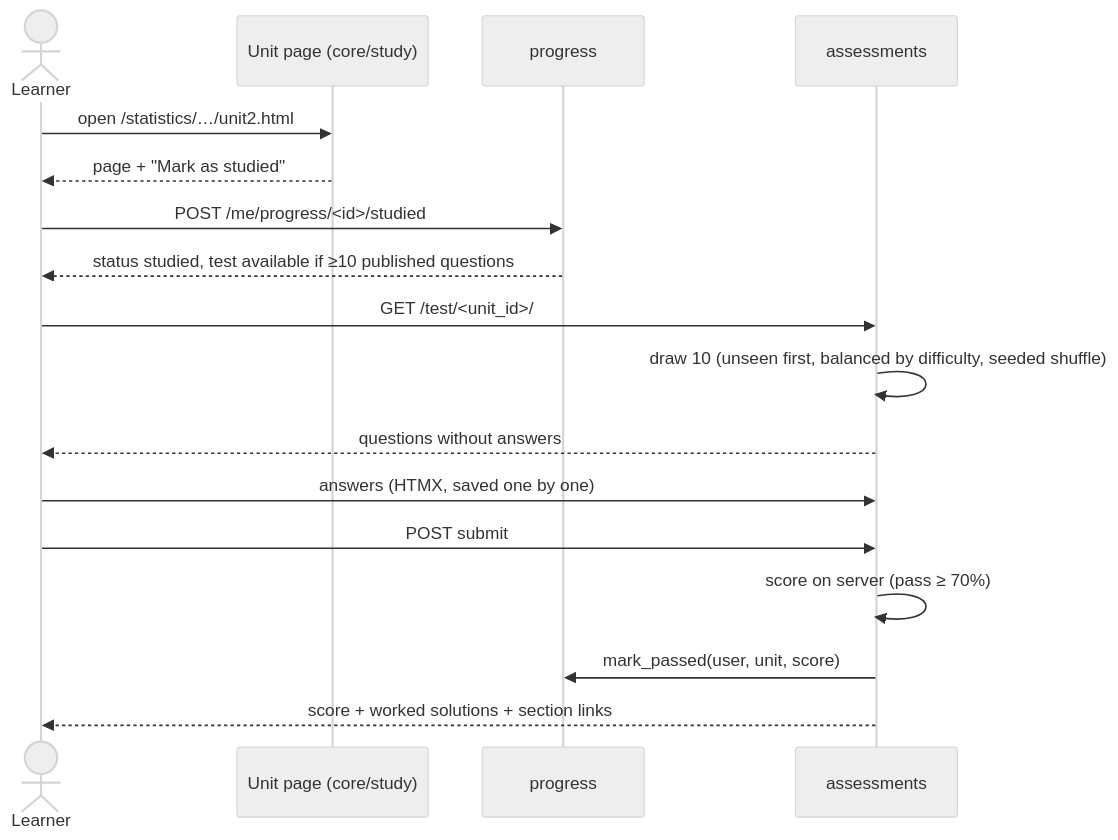
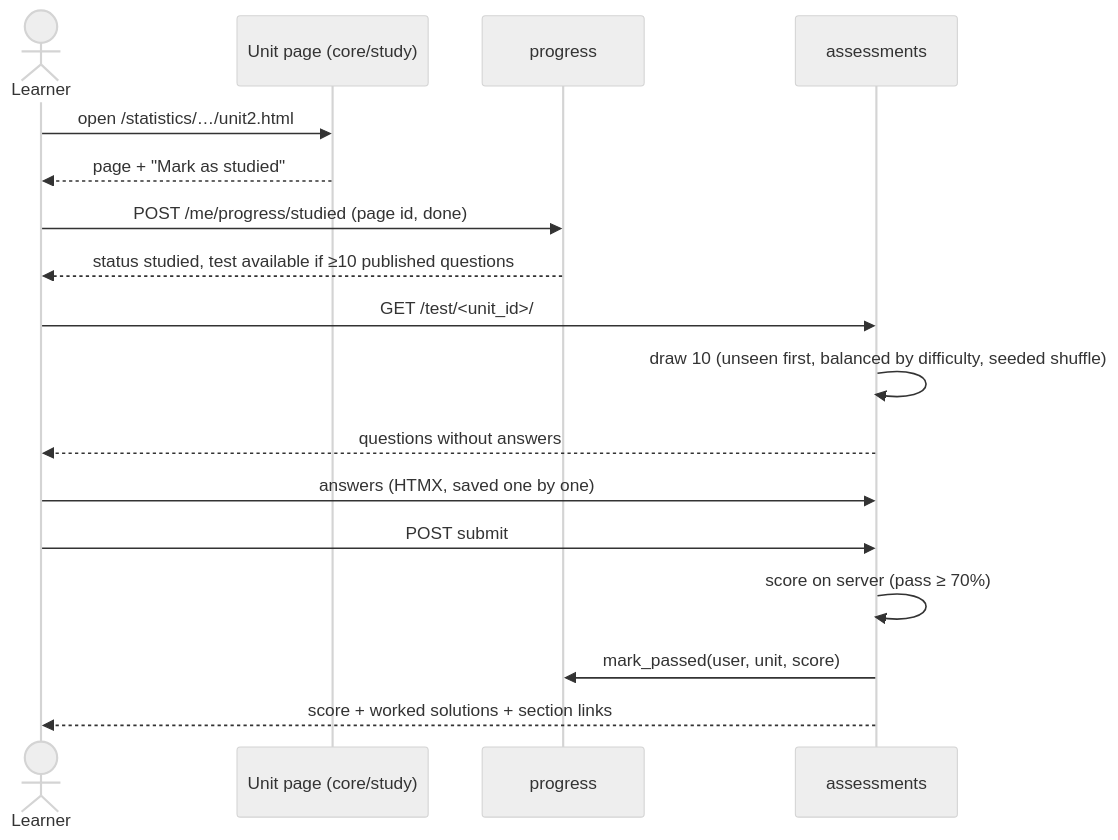
Before and after one commit to nrstatlab/planning-for-future: the fourth of 4 diagrams in Webapp/ARCHITECTURE.md, drawn with Mermaid (neutral theme). The commit also changed other lines of this file and 1 other file, not shown here.

First line of the commit message:
Webapp: record Phase 2 in the architecture

````diff
--- a/Webapp/ARCHITECTURE.md
+++ b/Webapp/ARCHITECTURE.md
@@ -255,19 +258,19 @@
 ```mermaid
 sequenceDiagram
   actor L as Learner
   participant U as Unit page (core/study)
   participant P as progress
   participant A as assessments
   L->>U: open /statistics/…/unit2.html
   U-->>L: page + "Mark as studied"
-  L->>P: POST /me/progress/<id>/studied
+  L->>P: POST /me/progress/studied (page id, done)
   P-->>L: status studied, test available if ≥10 published questions
   L->>A: GET /test/<unit_id>/
   A->>A: draw 10 (unseen first, balanced by difficulty, seeded shuffle)
   A-->>L: questions without answers
   L->>A: answers (HTMX, saved one by one)
   L->>A: POST submit
   A->>A: score on server (pass ≥ 70%)
   A->>P: mark_passed(user, unit, score)
   A-->>L: score + worked solutions + section links
 ```
````
